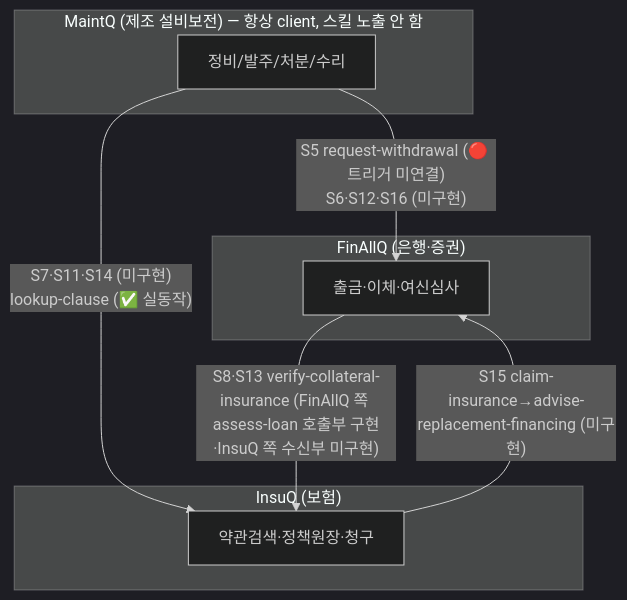
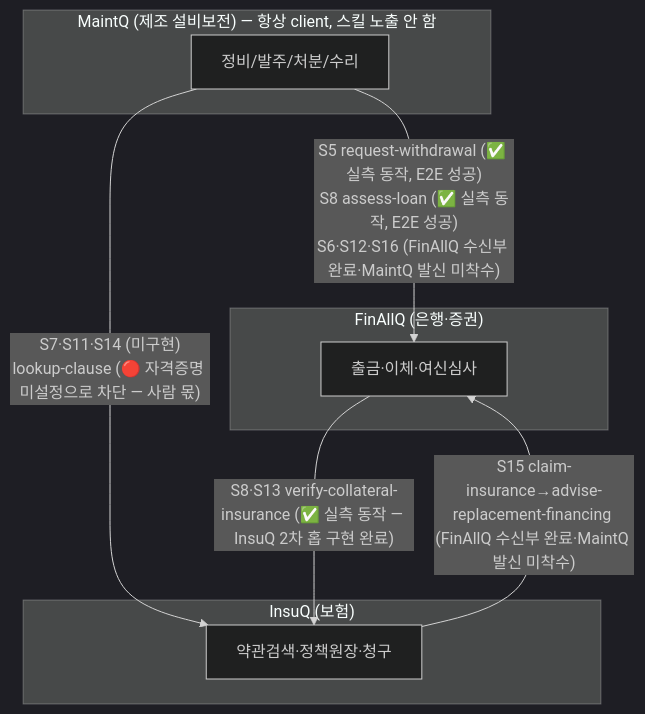
Before and after one commit to ttogle918/QMesh: the first of 6 diagrams in A2A_DIAGRAMS.md, drawn with Mermaid (dark theme). The commit also changed other lines of this file and 1 other file, not shown here.

First line of the commit message:
docs: MaintQ 아웃바운드 A2A 실 E2E 성공 반영 (request-withdrawal·assess-loan)

````diff
--- a/A2A_DIAGRAMS.md
+++ b/A2A_DIAGRAMS.md
@@ -28,17 +35,17 @@
 ```mermaid
 flowchart TD
     subgraph MAINTQ ["MaintQ (제조 설비보전) — 항상 client, 스킬 노출 안 함"]
         M["정비/발주/처분/수리"]
     end
     subgraph FINALLQ ["FinAllQ (은행·증권)"]
         F["출금·이체·여신심사"]
     end
     subgraph INSUQ ["InsuQ (보험)"]
         I["약관검색·정책원장·청구"]
     end
 
-    M -- "S5 request-withdrawal (🔴 트리거 미연결)<br>S6·S12·S16 (미구현)" --> F
-    M -- "S7·S11·S14 (미구현)<br>lookup-clause (✅ 실동작)" --> I
-    F -- "S8·S13 verify-collateral-insurance (FinAllQ 쪽 assess-loan 호출부 구현·InsuQ 쪽 수신부 미구현)" --> I
-    I -- "S15 claim-insurance→advise-replacement-financing (미구현)" --> F
+    M -- "S5 request-withdrawal (✅ 실측 동작, E2E 성공)<br>S8 assess-loan (✅ 실측 동작, E2E 성공)<br>S6·S12·S16 (FinAllQ 수신부 완료·MaintQ 발신 미착수)" --> F
+    M -- "S7·S11·S14 (미구현)<br>lookup-clause (🔴 자격증명 미설정으로 차단 — 사람 몫)" --> I
+    F -- "S8·S13 verify-collateral-insurance (✅ 실측 동작 — InsuQ 2차 홉 구현 완료)" --> I
+    I -- "S15 claim-insurance→advise-replacement-financing (FinAllQ 수신부 완료·MaintQ 발신 미착수)" --> F
 ```
````
